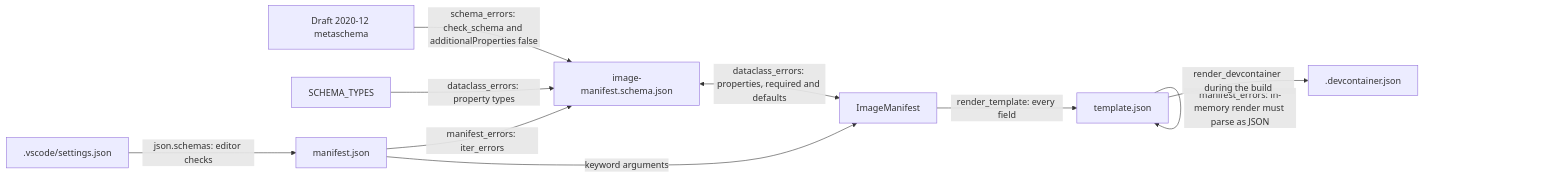
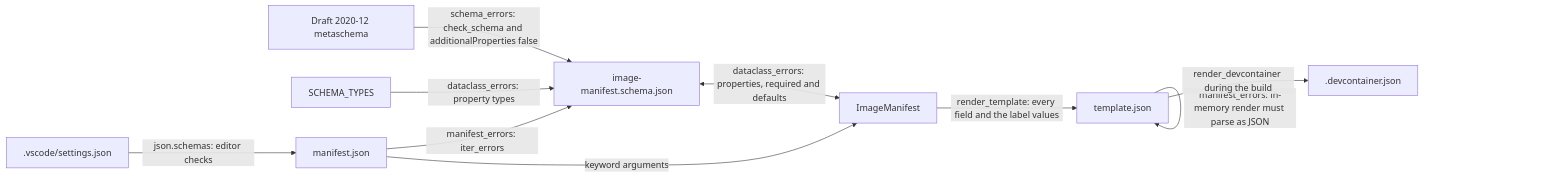
One commit to froazin/devcontainers changed the diagram in docs/container-images/manifests.md. Above: the diagram before and after it, drawn with Mermaid. The commit also changed other lines of this file and 22 other files, not shown here.

````diff
--- a/docs/container-images/manifests.md
+++ b/docs/container-images/manifests.md
@@ -30,22 +30,22 @@
 ```mermaid
 flowchart LR
     accTitle: How the manifest files relate and which check compares them
     accDescr: schema_errors checks the schema against the draft 2020-12 metaschema and checks that it rejects unknown fields. dataclass_errors compares the schema's properties, required list and defaults with ImageManifest, and its property types with SCHEMA_TYPES. manifest_errors validates each manifest.json against the schema, loads it into ImageManifest and renders template.json in memory. The build renders the same template into .devcontainer.json, and VS Code checks each manifest.json against the schema.
     meta["Draft 2020-12 metaschema"]
     schema["image-manifest.schema.json"]
     dc["ImageManifest"]
     types["SCHEMA_TYPES"]
     man["manifest.json"]
     tpl["template.json"]
     out[".devcontainer.json"]
     vscode[".vscode/settings.json"]
     meta -->|"schema_errors: check_schema and additionalProperties false"| schema
     schema <-->|"dataclass_errors: properties, required and defaults"| dc
     types -->|"dataclass_errors: property types"| schema
     man -->|"manifest_errors: iter_errors"| schema
     man -->|"keyword arguments"| dc
-    dc -->|"render_template: every field"| tpl
+    dc -->|"render_template: every field and the label values"| tpl
     tpl -->|"manifest_errors: in-memory render must parse as JSON"| tpl
     tpl -->|"render_devcontainer during the build"| out
     vscode -->|"json.schemas: editor checks"| man
 ```
````
